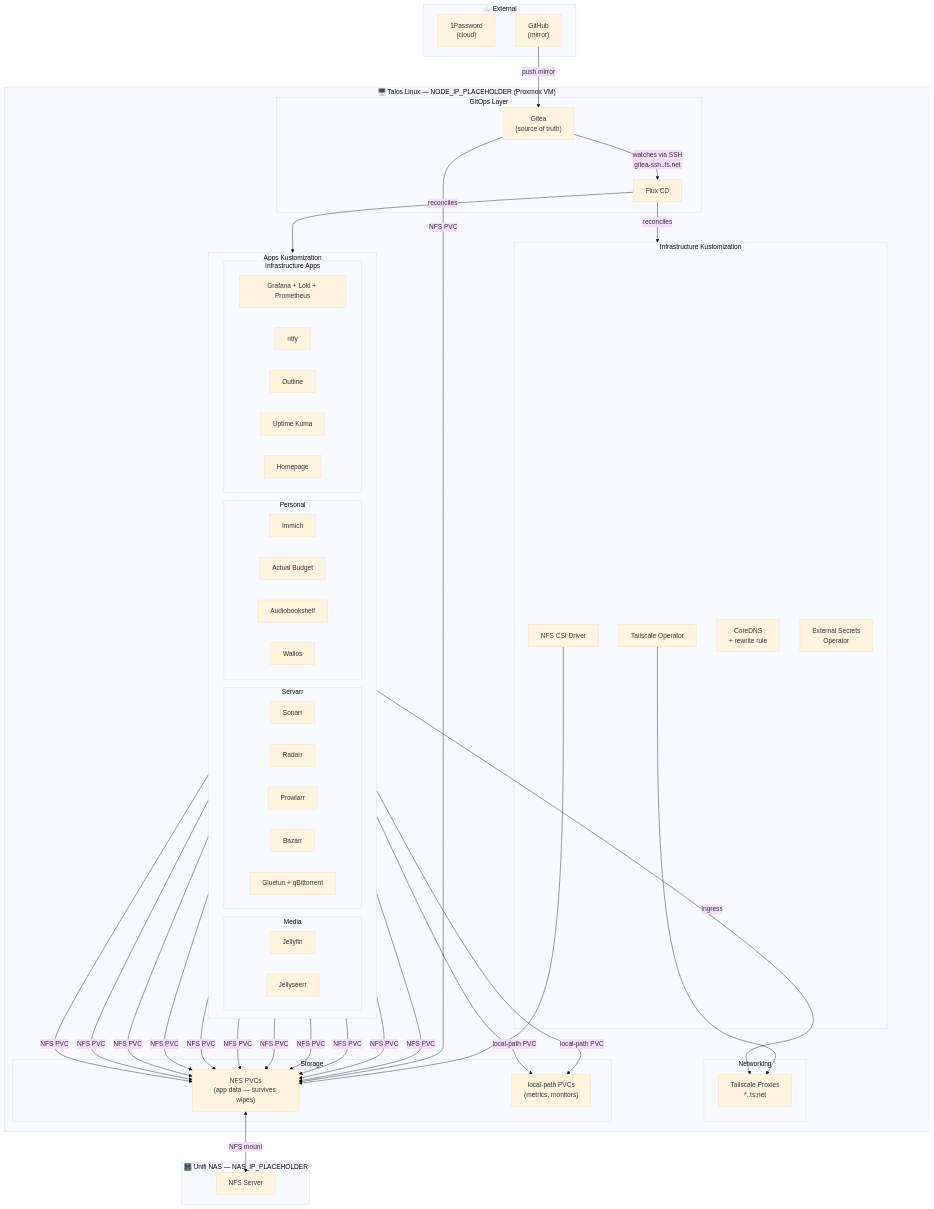
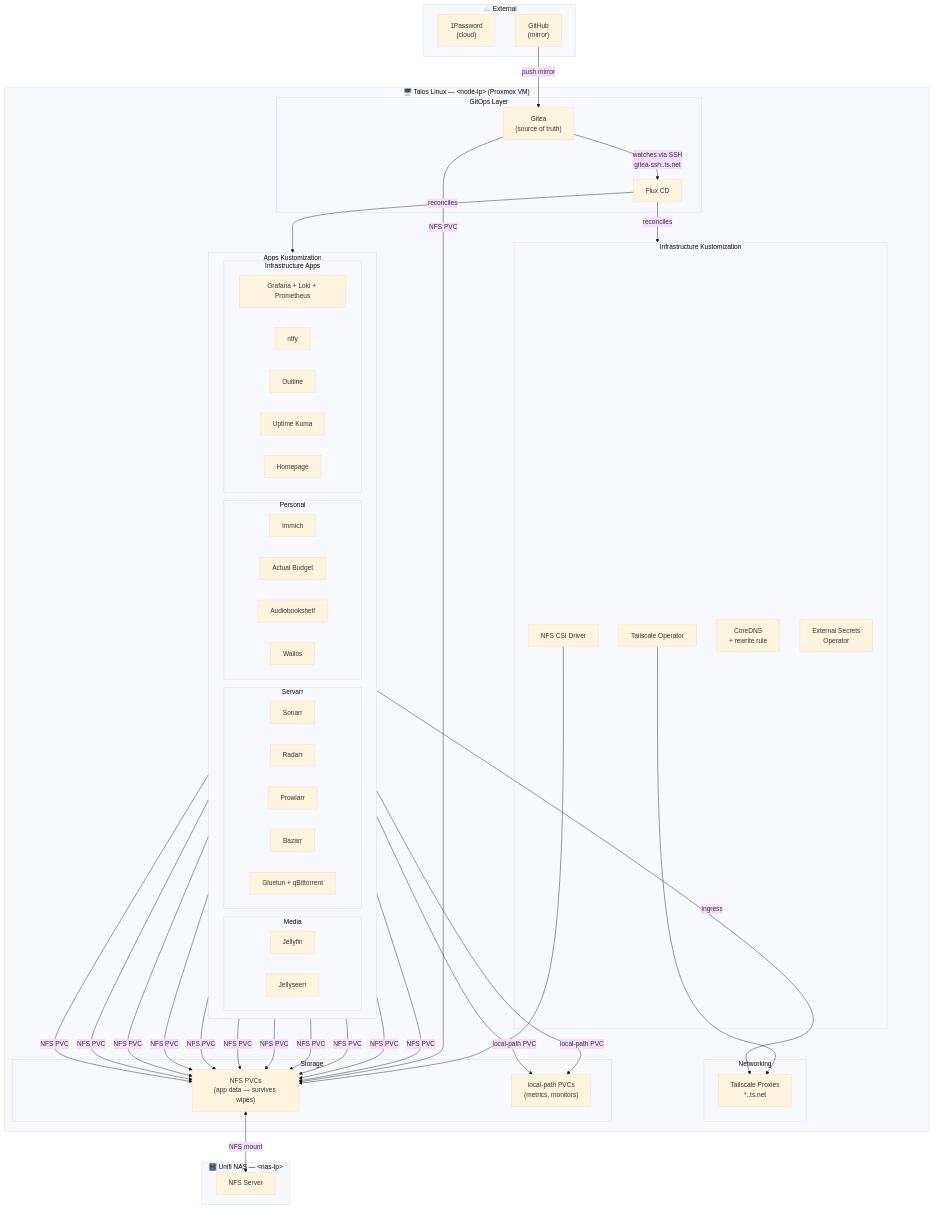
The first of 3 diagrams in README.md (d-goncalves/talos-home), drawn with Mermaid (base theme) before and after one commit. The commit also changed other lines of this file and 19 other files, not shown here.

````diff
--- a/README.md
+++ b/README.md
@@ -54,75 +54,75 @@
 ```mermaid
 graph TB
     subgraph EXTERNAL["☁️ External"]
         OP["1Password\n(cloud)"]
         GH["GitHub\n(mirror)"]
     end
 
-    subgraph NODE["🖥️ Talos Linux — NODE_IP_PLACEHOLDER (Proxmox VM)"]
+    subgraph NODE["🖥️ Talos Linux — &lt;node-ip&gt; (Proxmox VM)"]
 
         subgraph GITOPS["GitOps Layer"]
             GITEA["Gitea\n(source of truth)"]
             FLUX["Flux CD"]
             GITEA -->|"watches via SSH\ngitea-ssh.<tailnet>.ts.net"| FLUX
         end
 
         subgraph INFRA["Infrastructure Kustomization"]
             TS_OP["Tailscale Operator"]
             NFS_CSI["NFS CSI Driver"]
             COREDNS["CoreDNS\n+ rewrite rule"]
             ESO["External Secrets\nOperator"]
         end
 
         subgraph APPS["Apps Kustomization"]
             direction LR
             subgraph MEDIA["Media"]
                 JF["Jellyfin"]
                 JS["Jellyseerr"]
             end
             subgraph SERVARR_GRP["Servarr"]
                 SN["Sonarr"]
                 RD["Radarr"]
                 PR["Prowlarr"]
                 BZ["Bazarr"]
                 GL["Gluetun + qBittorrent"]
             end
             subgraph PERSONAL["Personal"]
                 IM["Immich"]
                 AB["Actual Budget"]
                 ABS["Audiobookshelf"]
                 WL["Wallos"]
             end
             subgraph INFRA_APPS["Infrastructure Apps"]
                 GR["Grafana + Loki + Prometheus"]
                 NT["ntfy"]
                 OL["Outline"]
                 UK["Uptime Kuma"]
                 HP["Homepage"]
             end
         end
 
         subgraph NETWORK["Networking"]
             TS_PROXY["Tailscale Proxies\n*.<tailnet>.ts.net"]
             TS_OP --> TS_PROXY
         end
 
         subgraph STORAGE["Storage"]
             NFS_PVC["NFS PVCs\n(app data — survives wipes)"]
             LOCAL_PVC["local-path PVCs\n(metrics, monitors)"]
             NFS_CSI --> NFS_PVC
         end
     end
 
-    subgraph NAS["🗄️ Unifi NAS — NAS_IP_PLACEHOLDER"]
+    subgraph NAS["🗄️ Unifi NAS — &lt;nas-ip&gt;"]
         NFS_SRV["NFS Server"]
     end
 
     FLUX -->|"reconciles"| INFRA
     FLUX -->|"reconciles"| APPS
     GH -->|"push mirror"| GITEA
     NFS_PVC <-->|"NFS mount"| NFS_SRV
     APPS -->|"Ingress"| TS_PROXY
 
     JF & SN & RD & PR & BZ & GL & IM & AB & ABS & WL & OL & GITEA -->|"NFS PVC"| NFS_PVC
     GR & UK -->|"local-path PVC"| LOCAL_PVC
 ```
````
